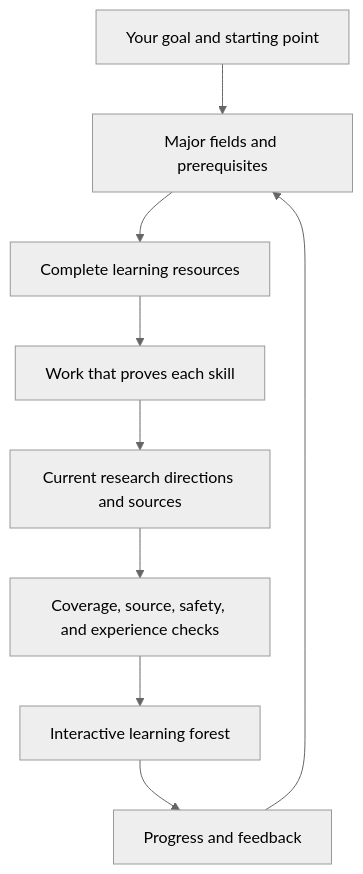
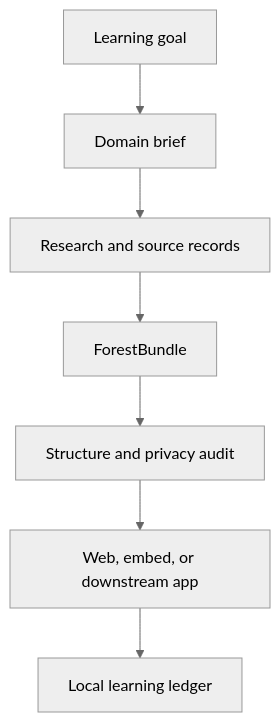
One commit to AIALRA-0/knowledge-forest-framework changed the diagram in README.en.md. Above: the diagram before and after it, drawn with Mermaid (neutral theme). The commit also changed other lines of this file and 33 other files, not shown here.

````diff
--- a/README.en.md
+++ b/README.en.md
@@ -171,12 +81,10 @@
 ```mermaid
-%% Turn a learning goal into an audited forest and feed learner feedback back into field planning
+%% Complete data flow from a learning goal to the local ledger
 flowchart TB
-    A["Your goal and starting point"] --> B["Major fields and prerequisites"]
-    B --> C["Complete learning resources"]
-    C --> D["Work that proves each skill"]
-    D --> E["Current research directions and sources"]
-    E --> F["Coverage, source, safety, and experience checks"]
-    F --> G["Interactive learning forest"]
-    G --> H["Progress and feedback"]
-    H --> B
+    A[Learning goal] --> B[Domain brief]
+    B --> C[Research and source records]
+    C --> D[ForestBundle]
+    D --> E[Structure and privacy audit]
+    E --> F[Web, embed, or downstream app]
+    F --> G[Local learning ledger]
 ```
````
